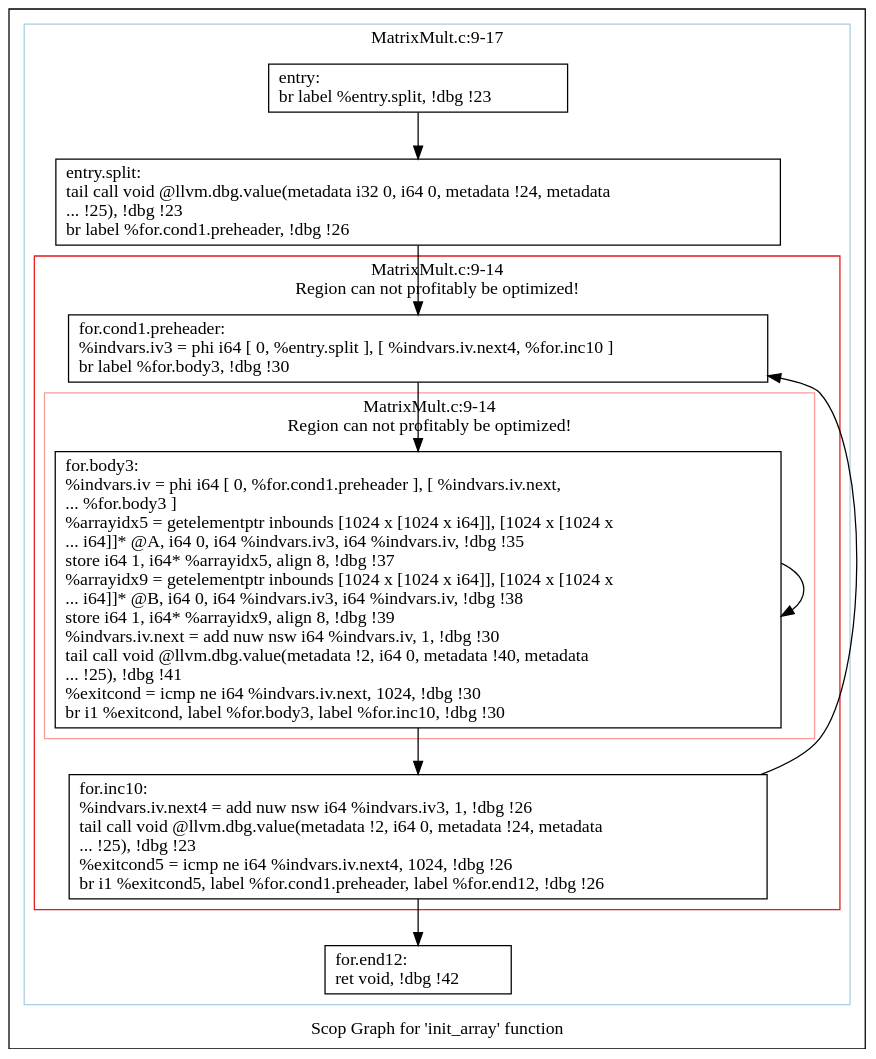
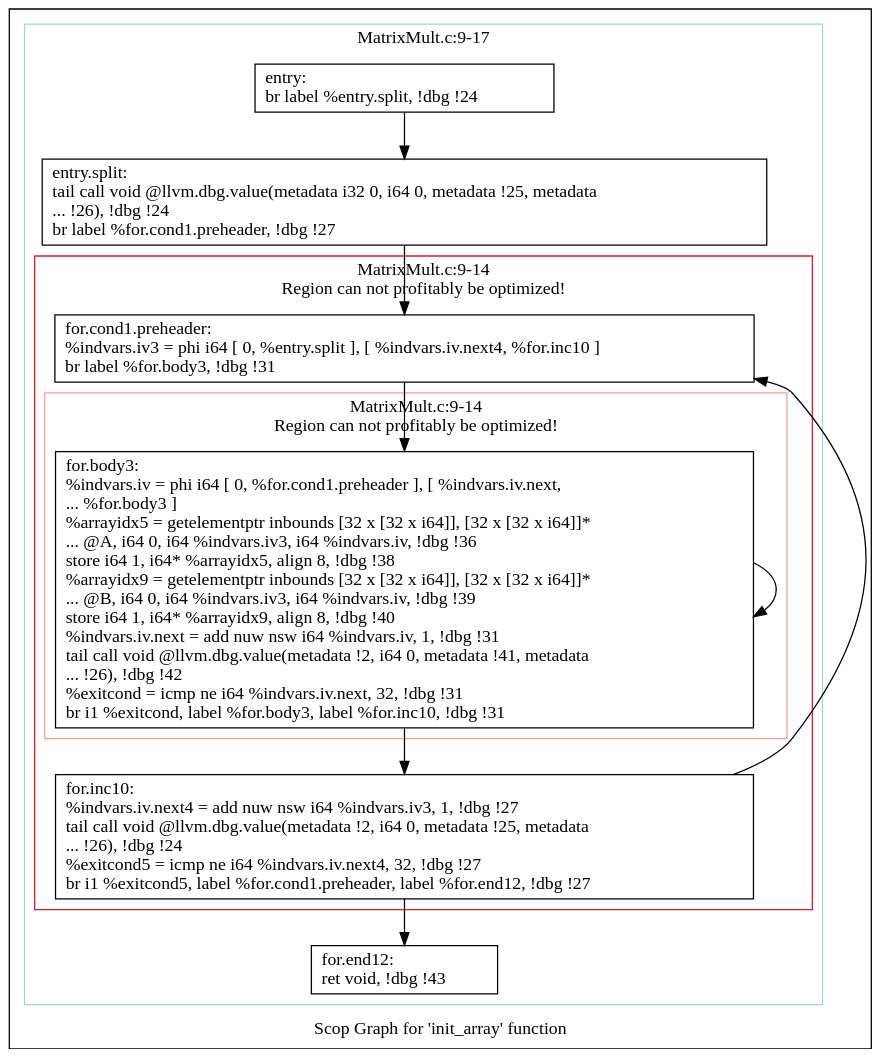
One commit to samminweng/WhileyOpenCL changed the diagram in polly/MatrixMult/impl/handwritten/dot/scops.init_array.dot. Above: the diagram before and after it, drawn with Graphviz. The commit also changed 44 other files, not shown here.

```diff
--- a/polly/MatrixMult/impl/handwritten/dot/scops.init_array.dot
+++ b/polly/MatrixMult/impl/handwritten/dot/scops.init_array.dot
@@ -1,42 +1,42 @@
 digraph "Scop Graph for 'init_array' function" {
 	label="Scop Graph for 'init_array' function";
 
-	Node0x5de7280 [shape=record,label="{entry:\l  br label %entry.split, !dbg !23\l}"];
-	Node0x5de7280 -> Node0x5de1830;
-	Node0x5de1830 [shape=record,label="{entry.split:                                      \l  tail call void @llvm.dbg.value(metadata i32 0, i64 0, metadata !24, metadata\l... !25), !dbg !23\l  br label %for.cond1.preheader, !dbg !26\l}"];
-	Node0x5de1830 -> Node0x5ddbc90;
-	Node0x5ddbc90 [shape=record,label="{for.cond1.preheader:                              \l  %indvars.iv3 = phi i64 [ 0, %entry.split ], [ %indvars.iv.next4, %for.inc10 ]\l  br label %for.body3, !dbg !30\l}"];
-	Node0x5ddbc90 -> Node0x5dd8060;
-	Node0x5dd8060 [shape=record,label="{for.body3:                                        \l  %indvars.iv = phi i64 [ 0, %for.cond1.preheader ], [ %indvars.iv.next,\l... %for.body3 ]\l  %arrayidx5 = getelementptr inbounds [1024 x [1024 x i64]], [1024 x [1024 x\l... i64]]* @A, i64 0, i64 %indvars.iv3, i64 %indvars.iv, !dbg !35\l  store i64 1, i64* %arrayidx5, align 8, !dbg !37\l  %arrayidx9 = getelementptr inbounds [1024 x [1024 x i64]], [1024 x [1024 x\l... i64]]* @B, i64 0, i64 %indvars.iv3, i64 %indvars.iv, !dbg !38\l  store i64 1, i64* %arrayidx9, align 8, !dbg !39\l  %indvars.iv.next = add nuw nsw i64 %indvars.iv, 1, !dbg !30\l  tail call void @llvm.dbg.value(metadata !2, i64 0, metadata !40, metadata\l... !25), !dbg !41\l  %exitcond = icmp ne i64 %indvars.iv.next, 1024, !dbg !30\l  br i1 %exitcond, label %for.body3, label %for.inc10, !dbg !30\l}"];
-	Node0x5dd8060 -> Node0x5dd8060[constraint=false];
-	Node0x5dd8060 -> Node0x5de17f0;
-	Node0x5de17f0 [shape=record,label="{for.inc10:                                        \l  %indvars.iv.next4 = add nuw nsw i64 %indvars.iv3, 1, !dbg !26\l  tail call void @llvm.dbg.value(metadata !2, i64 0, metadata !24, metadata\l... !25), !dbg !23\l  %exitcond5 = icmp ne i64 %indvars.iv.next4, 1024, !dbg !26\l  br i1 %exitcond5, label %for.cond1.preheader, label %for.end12, !dbg !26\l}"];
-	Node0x5de17f0 -> Node0x5ddbc90[constraint=false];
-	Node0x5de17f0 -> Node0x5de1810;
-	Node0x5de1810 [shape=record,label="{for.end12:                                        \l  ret void, !dbg !42\l}"];
+	Node0x6964ee0 [shape=record,label="{entry:\l  br label %entry.split, !dbg !24\l}"];
+	Node0x6964ee0 -> Node0x6969340;
+	Node0x6969340 [shape=record,label="{entry.split:                                      \l  tail call void @llvm.dbg.value(metadata i32 0, i64 0, metadata !25, metadata\l... !26), !dbg !24\l  br label %for.cond1.preheader, !dbg !27\l}"];
+	Node0x6969340 -> Node0x696e570;
+	Node0x696e570 [shape=record,label="{for.cond1.preheader:                              \l  %indvars.iv3 = phi i64 [ 0, %entry.split ], [ %indvars.iv.next4, %for.inc10 ]\l  br label %for.body3, !dbg !31\l}"];
+	Node0x696e570 -> Node0x6964eb0;
+	Node0x6964eb0 [shape=record,label="{for.body3:                                        \l  %indvars.iv = phi i64 [ 0, %for.cond1.preheader ], [ %indvars.iv.next,\l... %for.body3 ]\l  %arrayidx5 = getelementptr inbounds [32 x [32 x i64]], [32 x [32 x i64]]*\l... @A, i64 0, i64 %indvars.iv3, i64 %indvars.iv, !dbg !36\l  store i64 1, i64* %arrayidx5, align 8, !dbg !38\l  %arrayidx9 = getelementptr inbounds [32 x [32 x i64]], [32 x [32 x i64]]*\l... @B, i64 0, i64 %indvars.iv3, i64 %indvars.iv, !dbg !39\l  store i64 1, i64* %arrayidx9, align 8, !dbg !40\l  %indvars.iv.next = add nuw nsw i64 %indvars.iv, 1, !dbg !31\l  tail call void @llvm.dbg.value(metadata !2, i64 0, metadata !41, metadata\l... !26), !dbg !42\l  %exitcond = icmp ne i64 %indvars.iv.next, 32, !dbg !31\l  br i1 %exitcond, label %for.body3, label %for.inc10, !dbg !31\l}"];
+	Node0x6964eb0 -> Node0x6964eb0[constraint=false];
+	Node0x6964eb0 -> Node0x69697c0;
+	Node0x69697c0 [shape=record,label="{for.inc10:                                        \l  %indvars.iv.next4 = add nuw nsw i64 %indvars.iv3, 1, !dbg !27\l  tail call void @llvm.dbg.value(metadata !2, i64 0, metadata !25, metadata\l... !26), !dbg !24\l  %exitcond5 = icmp ne i64 %indvars.iv.next4, 32, !dbg !27\l  br i1 %exitcond5, label %for.cond1.preheader, label %for.end12, !dbg !27\l}"];
+	Node0x69697c0 -> Node0x696e570[constraint=false];
+	Node0x69697c0 -> Node0x6969820;
+	Node0x6969820 [shape=record,label="{for.end12:                                        \l  ret void, !dbg !43\l}"];
 	colorscheme = "paired12"
-        subgraph cluster_0x5de4b10 {
+        subgraph cluster_0x6966c40 {
           label = "MatrixMult.c:9-17
 ";
           style = solid;
           color = 1
-          subgraph cluster_0x5de7f00 {
+          subgraph cluster_0x696af70 {
             label = "MatrixMult.c:9-14
 Region can not profitably be optimized!";
             style = solid;
             color = 6
-            subgraph cluster_0x5de5490 {
+            subgraph cluster_0x695f520 {
               label = "MatrixMult.c:9-14
 Region can not profitably be optimized!";
               style = solid;
               color = 5
-              Node0x5dd8060;
+              Node0x6964eb0;
             }
-            Node0x5ddbc90;
-            Node0x5de17f0;
+            Node0x696e570;
+            Node0x69697c0;
           }
-          Node0x5de7280;
-          Node0x5de1830;
-          Node0x5de1810;
+          Node0x6964ee0;
+          Node0x6969340;
+          Node0x6969820;
         }
 }
```
